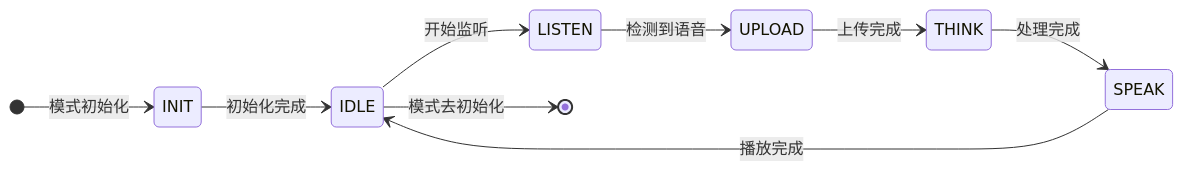
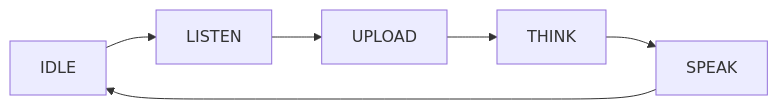
One commit to Tuya-Community/TuyaOpen.io changed the diagram in i18n/zh/docusaurus-plugin-content-docs/current/cloud/device-ai/ai-components/ai-mode-manage.md. Above: the diagram before and after it, drawn with Mermaid. The commit also changed other lines of this file and 365 other files, not shown here.

````diff
--- a/i18n/zh/docusaurus-plugin-content-docs/current/cloud/device-ai/ai-components/ai-mode-manage.md
+++ b/i18n/zh/docusaurus-plugin-content-docs/current/cloud/device-ai/ai-components/ai-mode-manage.md
@@ -148,12 +55,8 @@
 ```mermaid
-stateDiagram-v2
-    direction LR
-    [*] --> INIT: 模式初始化
-    INIT --> IDLE: 初始化完成
-    IDLE --> LISTEN: 开始监听
-    LISTEN --> UPLOAD: 检测到语音
-    UPLOAD --> THINK: 上传完成
-    THINK --> SPEAK: 处理完成
-    SPEAK --> IDLE: 播放完成
-    IDLE --> [*]: 模式去初始化
+flowchart LR
+    IDLE --> LISTEN
+    LISTEN --> UPLOAD
+    UPLOAD --> THINK
+    THINK --> SPEAK
+    SPEAK --> IDLE
 ```
````
